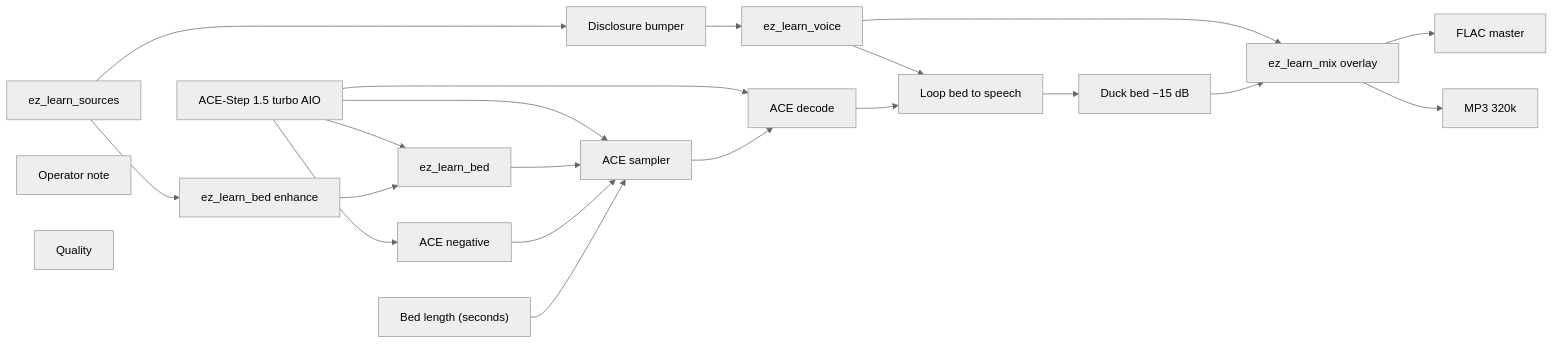
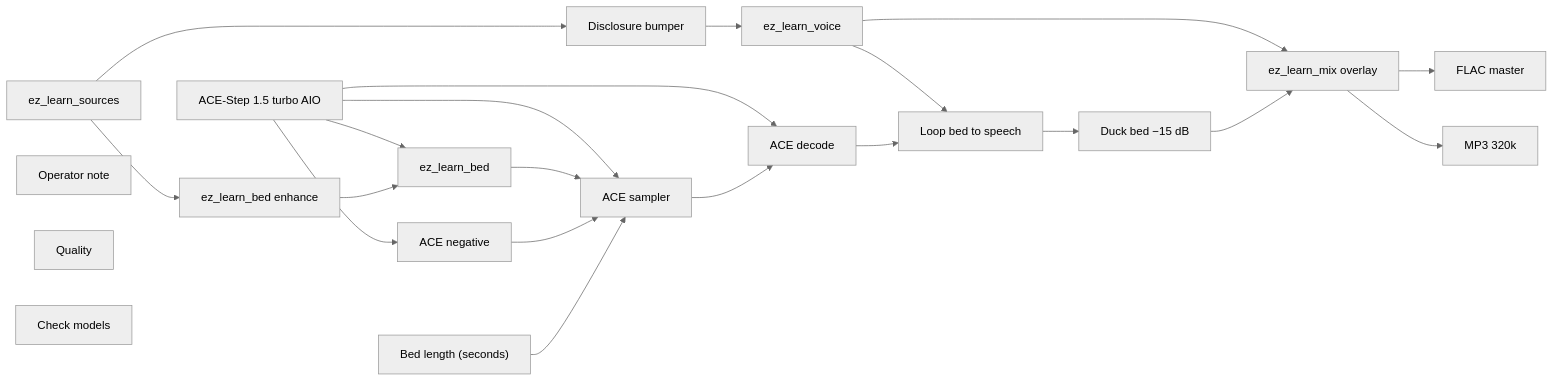
The diagram in docs/generated/workflows/audio/podcast/learn-episode.md (toxicoder/ez-comfy-stack), drawn with Mermaid (neutral theme) before and after one commit. The commit also changed other lines of this file and 1106 other files, not shown here.

First line of the commit message:
feat: add Check models node to every lab App

````diff
--- a/docs/generated/workflows/audio/podcast/learn-episode.md
+++ b/docs/generated/workflows/audio/podcast/learn-episode.md
@@ -59,39 +59,40 @@
 ```mermaid
 flowchart LR
   N1["ACE-Step 1.5 turbo AIO"]
   N2["ez_learn_sources"]
   N3["Disclosure bumper"]
   N4["ez_learn_voice"]
   N5["ez_learn_bed"]
   N6["ACE negative"]
   N7["Bed length (seconds)"]
   N8["ACE sampler"]
   N9["ACE decode"]
   N10["Loop bed to speech"]
   N11["Duck bed −15 dB"]
   N12["ez_learn_mix overlay"]
   N13["FLAC master"]
   N14["MP3 320k"]
   N15["Operator note"]
   N16["ez_learn_bed enhance"]
   N17["Quality"]
+  N18["Check models"]
   N1 --> N8
   N1 --> N5
   N1 --> N6
   N1 --> N9
   N2 --> N16
   N2 --> N3
   N3 --> N4
   N4 --> N10
   N4 --> N12
   N5 --> N8
   N6 --> N8
   N7 --> N8
   N8 --> N9
   N9 --> N10
   N10 --> N11
   N11 --> N12
   N12 --> N13
   N12 --> N14
   N16 --> N5
 ```
````
